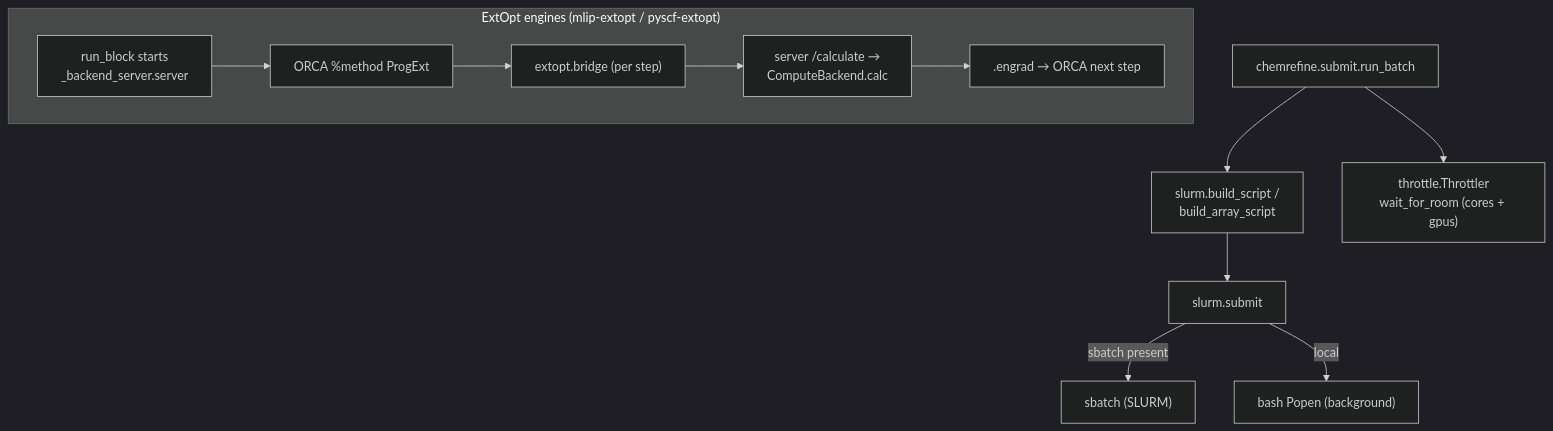
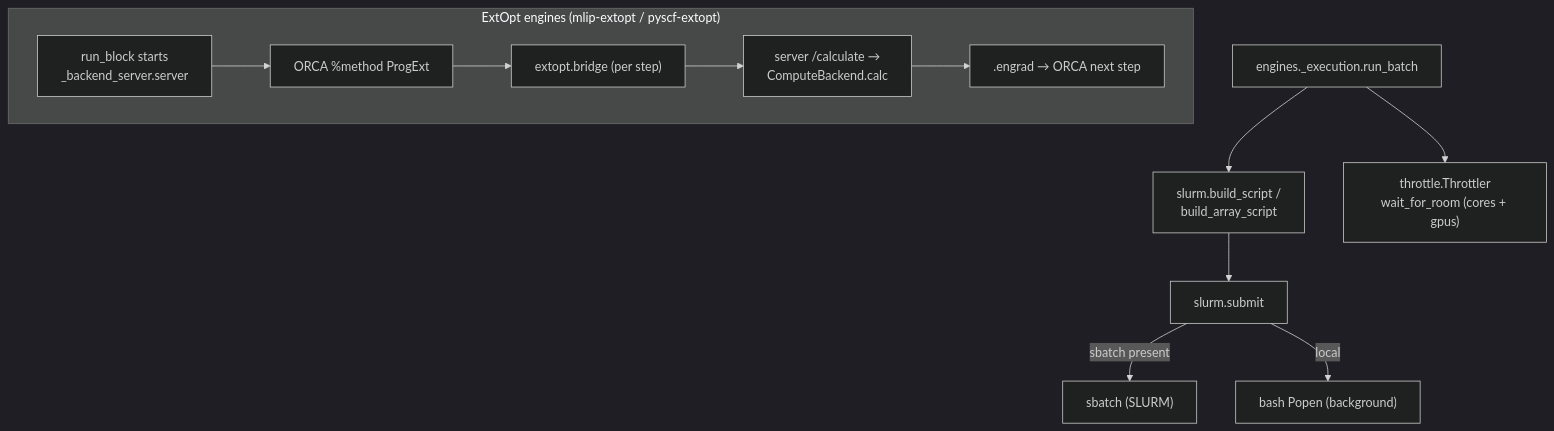
One commit to sterling-group/ChemRefine changed the second of 2 diagrams in docs/concepts/architecture.md. Above: the diagram before and after it, drawn with Mermaid (dark theme). The commit also changed other lines of this file and 57 other files, not shown here.

````diff
--- a/docs/concepts/architecture.md
+++ b/docs/concepts/architecture.md
@@ -52,15 +53,15 @@
 ```mermaid
 flowchart TD
-  SUB["chemrefine.submit.run_batch"] --> BUILD["slurm.build_script /\nbuild_array_script"]
+  SUB["engines._execution.run_batch"] --> BUILD["slurm.build_script /\nbuild_array_script"]
   BUILD --> SUBMIT["slurm.submit"]
   SUBMIT -- sbatch present --> SBATCH["sbatch (SLURM)"]
   SUBMIT -- local --> POPEN["bash Popen (background)"]
   SUB --> THR["throttle.Throttler\nwait_for_room (cores + gpus)"]
 
   subgraph ExtOpt["ExtOpt engines (mlip-extopt / pyscf-extopt)"]
     RB["run_block starts\n_backend_server.server"] --> ORCA["ORCA %method ProgExt"]
     ORCA --> BRIDGE["extopt.bridge (per step)"]
     BRIDGE --> CALC["server /calculate →\nComputeBackend.calc"]
     CALC --> ENGRAD[".engrad → ORCA next step"]
   end
 ```
````
